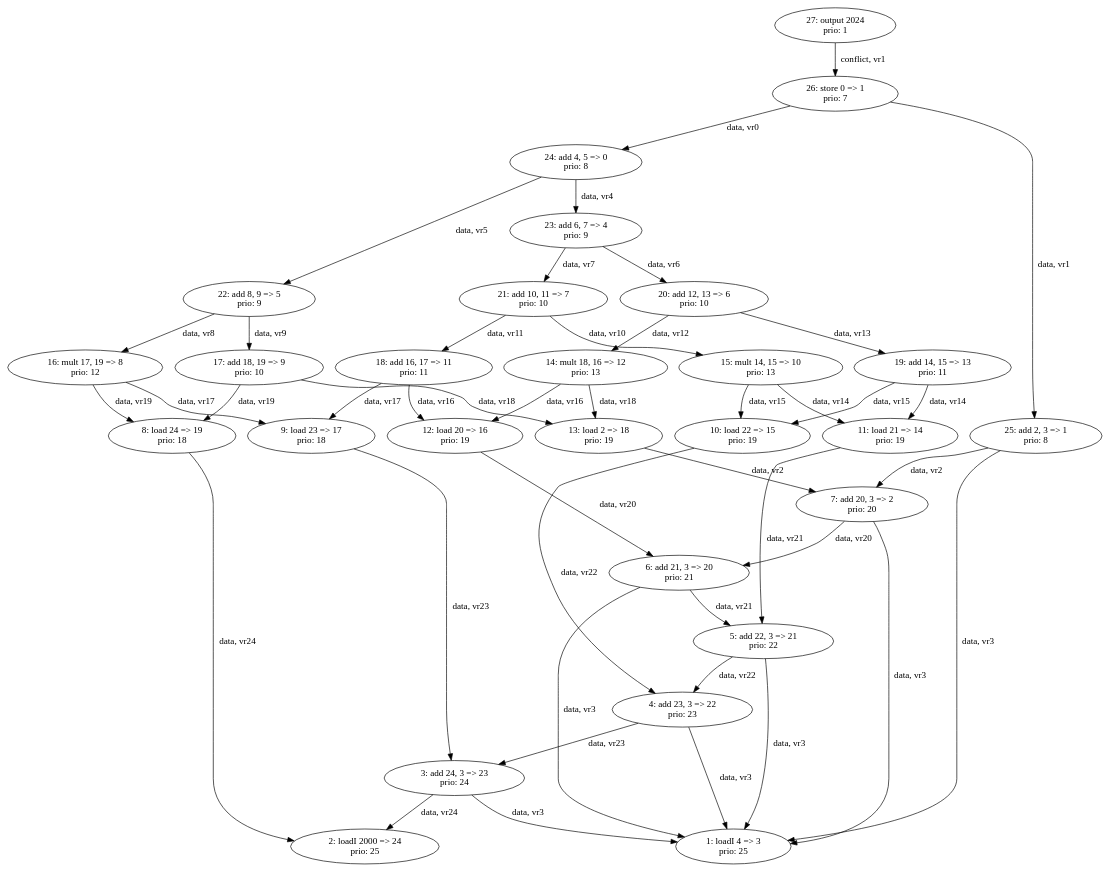
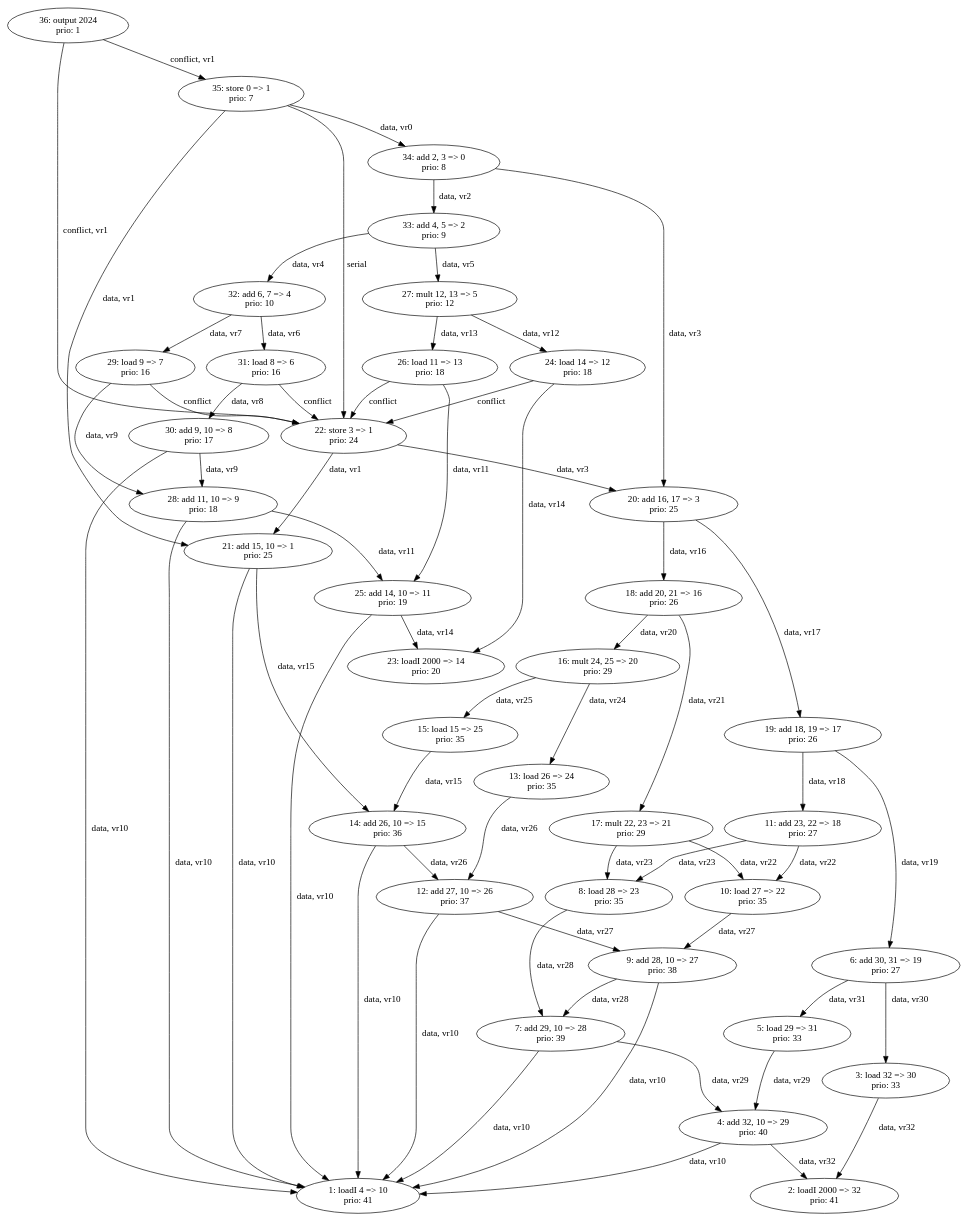
Before and after one commit to sarahluan11/COMP-412-Lab-3: the diagram in lab3_dependence_graph.dot, drawn with Graphviz. The commit also changed 35 other files, not shown here.

```diff
--- a/lab3_dependence_graph.dot
+++ b/lab3_dependence_graph.dot
@@ -1,72 +1,99 @@
 digraph DependenceGraph {
-    "139846148022848" [label="1: loadI 4 => 3\nprio: 25"];
-    "139846148022904" [label="2: loadI 2000 => 24\nprio: 25"];
-    "139846148022960" [label="3: add 24, 3 => 23\nprio: 24"];
-    "139846148023016" [label="4: add 23, 3 => 22\nprio: 23"];
-    "139846148023072" [label="5: add 22, 3 => 21\nprio: 22"];
-    "139846148023128" [label="6: add 21, 3 => 20\nprio: 21"];
-    "139846148023184" [label="7: add 20, 3 => 2\nprio: 20"];
-    "139846148023240" [label="8: load 24 => 19\nprio: 18"];
-    "139846148023296" [label="9: load 23 => 17\nprio: 18"];
-    "139846148023352" [label="10: load 22 => 15\nprio: 19"];
-    "139846148023408" [label="11: load 21 => 14\nprio: 19"];
-    "139846148023464" [label="12: load 20 => 16\nprio: 19"];
-    "139846148023520" [label="13: load 2 => 18\nprio: 19"];
-    "139846148023576" [label="14: mult 18, 16 => 12\nprio: 13"];
-    "139846148023632" [label="15: mult 14, 15 => 10\nprio: 13"];
-    "139846148023688" [label="16: mult 17, 19 => 8\nprio: 12"];
-    "139846148023744" [label="17: add 18, 19 => 9\nprio: 10"];
-    "139846148023800" [label="18: add 16, 17 => 11\nprio: 11"];
-    "139846148023856" [label="19: add 14, 15 => 13\nprio: 11"];
-    "139846148023912" [label="20: add 12, 13 => 6\nprio: 10"];
-    "139846148023968" [label="21: add 10, 11 => 7\nprio: 10"];
-    "139846148024024" [label="22: add 8, 9 => 5\nprio: 9"];
-    "139846148024080" [label="23: add 6, 7 => 4\nprio: 9"];
-    "139846148024136" [label="24: add 4, 5 => 0\nprio: 8"];
-    "139846148024192" [label="25: add 2, 3 => 1\nprio: 8"];
-    "139846148024248" [label="26: store 0 => 1\nprio: 7"];
-    "139846148024304" [label="27: output 2024\nprio: 1"];
-    "139846148022960" -> "139846148022904" [label="data, vr24"];
-    "139846148022960" -> "139846148022848" [label="data, vr3"];
-    "139846148023016" -> "139846148022960" [label="data, vr23"];
-    "139846148023016" -> "139846148022848" [label="data, vr3"];
-    "139846148023072" -> "139846148023016" [label="data, vr22"];
-    "139846148023072" -> "139846148022848" [label="data, vr3"];
-    "139846148023128" -> "139846148023072" [label="data, vr21"];
-    "139846148023128" -> "139846148022848" [label="data, vr3"];
-    "139846148023184" -> "139846148023128" [label="data, vr20"];
-    "139846148023184" -> "139846148022848" [label="data, vr3"];
-    "139846148023240" -> "139846148022904" [label="data, vr24"];
-    "139846148023296" -> "139846148022960" [label="data, vr23"];
-    "139846148023352" -> "139846148023016" [label="data, vr22"];
-    "139846148023408" -> "139846148023072" [label="data, vr21"];
-    "139846148023464" -> "139846148023128" [label="data, vr20"];
-    "139846148023520" -> "139846148023184" [label="data, vr2"];
-    "139846148023576" -> "139846148023520" [label="data, vr18"];
-    "139846148023576" -> "139846148023464" [label="data, vr16"];
-    "139846148023632" -> "139846148023408" [label="data, vr14"];
-    "139846148023632" -> "139846148023352" [label="data, vr15"];
-    "139846148023688" -> "139846148023296" [label="data, vr17"];
-    "139846148023688" -> "139846148023240" [label="data, vr19"];
-    "139846148023744" -> "139846148023520" [label="data, vr18"];
-    "139846148023744" -> "139846148023240" [label="data, vr19"];
-    "139846148023800" -> "139846148023464" [label="data, vr16"];
-    "139846148023800" -> "139846148023296" [label="data, vr17"];
-    "139846148023856" -> "139846148023408" [label="data, vr14"];
-    "139846148023856" -> "139846148023352" [label="data, vr15"];
-    "139846148023912" -> "139846148023576" [label="data, vr12"];
-    "139846148023912" -> "139846148023856" [label="data, vr13"];
-    "139846148023968" -> "139846148023632" [label="data, vr10"];
-    "139846148023968" -> "139846148023800" [label="data, vr11"];
-    "139846148024024" -> "139846148023688" [label="data, vr8"];
-    "139846148024024" -> "139846148023744" [label="data, vr9"];
-    "139846148024080" -> "139846148023912" [label="data, vr6"];
-    "139846148024080" -> "139846148023968" [label="data, vr7"];
-    "139846148024136" -> "139846148024080" [label="data, vr4"];
-    "139846148024136" -> "139846148024024" [label="data, vr5"];
-    "139846148024192" -> "139846148023184" [label="data, vr2"];
-    "139846148024192" -> "139846148022848" [label="data, vr3"];
-    "139846148024248" -> "139846148024136" [label="data, vr0"];
-    "139846148024248" -> "139846148024192" [label="data, vr1"];
-    "139846148024304" -> "139846148024248" [label="conflict, vr1"];
+    "140366112082688" [label="1: loadI 4 => 10\nprio: 41"];
+    "140366112082744" [label="2: loadI 2000 => 32\nprio: 41"];
+    "140366112082800" [label="3: load 32 => 30\nprio: 33"];
+    "140366112082856" [label="4: add 32, 10 => 29\nprio: 40"];
+    "140366112082912" [label="5: load 29 => 31\nprio: 33"];
+    "140366112082968" [label="6: add 30, 31 => 19\nprio: 27"];
+    "140366112083024" [label="7: add 29, 10 => 28\nprio: 39"];
+    "140366112083080" [label="8: load 28 => 23\nprio: 35"];
+    "140366112083136" [label="9: add 28, 10 => 27\nprio: 38"];
+    "140366112083192" [label="10: load 27 => 22\nprio: 35"];
+    "140366112083248" [label="11: add 23, 22 => 18\nprio: 27"];
+    "140366112083304" [label="12: add 27, 10 => 26\nprio: 37"];
+    "140366112083360" [label="13: load 26 => 24\nprio: 35"];
+    "140366112083416" [label="14: add 26, 10 => 15\nprio: 36"];
+    "140366112083472" [label="15: load 15 => 25\nprio: 35"];
+    "140366112083528" [label="16: mult 24, 25 => 20\nprio: 29"];
+    "140366112083584" [label="17: mult 22, 23 => 21\nprio: 29"];
+    "140366112083640" [label="18: add 20, 21 => 16\nprio: 26"];
+    "140366112083696" [label="19: add 18, 19 => 17\nprio: 26"];
+    "140366112083752" [label="20: add 16, 17 => 3\nprio: 25"];
+    "140366112083808" [label="21: add 15, 10 => 1\nprio: 25"];
+    "140366112083864" [label="22: store 3 => 1\nprio: 24"];
+    "140366112083920" [label="23: loadI 2000 => 14\nprio: 20"];
+    "140366112100424" [label="24: load 14 => 12\nprio: 18"];
+    "140366112100480" [label="25: add 14, 10 => 11\nprio: 19"];
+    "140366112100536" [label="26: load 11 => 13\nprio: 18"];
+    "140366112100592" [label="27: mult 12, 13 => 5\nprio: 12"];
+    "140366112100648" [label="28: add 11, 10 => 9\nprio: 18"];
+    "140366112100704" [label="29: load 9 => 7\nprio: 16"];
+    "140366112100760" [label="30: add 9, 10 => 8\nprio: 17"];
+    "140366112100816" [label="31: load 8 => 6\nprio: 16"];
+    "140366112100872" [label="32: add 6, 7 => 4\nprio: 10"];
+    "140366112100928" [label="33: add 4, 5 => 2\nprio: 9"];
+    "140366112100984" [label="34: add 2, 3 => 0\nprio: 8"];
+    "140366112101040" [label="35: store 0 => 1\nprio: 7"];
+    "140366112101096" [label="36: output 2024\nprio: 1"];
+    "140366112082800" -> "140366112082744" [label="data, vr32"];
+    "140366112082856" -> "140366112082744" [label="data, vr32"];
+    "140366112082856" -> "140366112082688" [label="data, vr10"];
+    "140366112082912" -> "140366112082856" [label="data, vr29"];
+    "140366112082968" -> "140366112082800" [label="data, vr30"];
+    "140366112082968" -> "140366112082912" [label="data, vr31"];
+    "140366112083024" -> "140366112082856" [label="data, vr29"];
+    "140366112083024" -> "140366112082688" [label="data, vr10"];
+    "140366112083080" -> "140366112083024" [label="data, vr28"];
+    "140366112083136" -> "140366112083024" [label="data, vr28"];
+    "140366112083136" -> "140366112082688" [label="data, vr10"];
+    "140366112083192" -> "140366112083136" [label="data, vr27"];
+    "140366112083248" -> "140366112083080" [label="data, vr23"];
+    "140366112083248" -> "140366112083192" [label="data, vr22"];
+    "140366112083304" -> "140366112083136" [label="data, vr27"];
+    "140366112083304" -> "140366112082688" [label="data, vr10"];
+    "140366112083360" -> "140366112083304" [label="data, vr26"];
+    "140366112083416" -> "140366112083304" [label="data, vr26"];
+    "140366112083416" -> "140366112082688" [label="data, vr10"];
+    "140366112083472" -> "140366112083416" [label="data, vr15"];
+    "140366112083528" -> "140366112083360" [label="data, vr24"];
+    "140366112083528" -> "140366112083472" [label="data, vr25"];
+    "140366112083584" -> "140366112083192" [label="data, vr22"];
+    "140366112083584" -> "140366112083080" [label="data, vr23"];
+    "140366112083640" -> "140366112083528" [label="data, vr20"];
+    "140366112083640" -> "140366112083584" [label="data, vr21"];
+    "140366112083696" -> "140366112083248" [label="data, vr18"];
+    "140366112083696" -> "140366112082968" [label="data, vr19"];
+    "140366112083752" -> "140366112083640" [label="data, vr16"];
+    "140366112083752" -> "140366112083696" [label="data, vr17"];
+    "140366112083808" -> "140366112083416" [label="data, vr15"];
+    "140366112083808" -> "140366112082688" [label="data, vr10"];
+    "140366112083864" -> "140366112083752" [label="data, vr3"];
+    "140366112083864" -> "140366112083808" [label="data, vr1"];
+    "140366112100424" -> "140366112083920" [label="data, vr14"];
+    "140366112100424" -> "140366112083864" [label="conflict"];
+    "140366112100480" -> "140366112083920" [label="data, vr14"];
+    "140366112100480" -> "140366112082688" [label="data, vr10"];
+    "140366112100536" -> "140366112100480" [label="data, vr11"];
+    "140366112100536" -> "140366112083864" [label="conflict"];
+    "140366112100592" -> "140366112100424" [label="data, vr12"];
+    "140366112100592" -> "140366112100536" [label="data, vr13"];
+    "140366112100648" -> "140366112100480" [label="data, vr11"];
+    "140366112100648" -> "140366112082688" [label="data, vr10"];
+    "140366112100704" -> "140366112100648" [label="data, vr9"];
+    "140366112100704" -> "140366112083864" [label="conflict"];
+    "140366112100760" -> "140366112100648" [label="data, vr9"];
+    "140366112100760" -> "140366112082688" [label="data, vr10"];
+    "140366112100816" -> "140366112100760" [label="data, vr8"];
+    "140366112100816" -> "140366112083864" [label="conflict"];
+    "140366112100872" -> "140366112100816" [label="data, vr6"];
+    "140366112100872" -> "140366112100704" [label="data, vr7"];
+    "140366112100928" -> "140366112100872" [label="data, vr4"];
+    "140366112100928" -> "140366112100592" [label="data, vr5"];
+    "140366112100984" -> "140366112100928" [label="data, vr2"];
+    "140366112100984" -> "140366112083752" [label="data, vr3"];
+    "140366112101040" -> "140366112100984" [label="data, vr0"];
+    "140366112101040" -> "140366112083808" [label="data, vr1"];
+    "140366112101040" -> "140366112083864" [label="serial"];
+    "140366112101096" -> "140366112083864" [label="conflict, vr1"];
+    "140366112101096" -> "140366112101040" [label="conflict, vr1"];
 }
```
